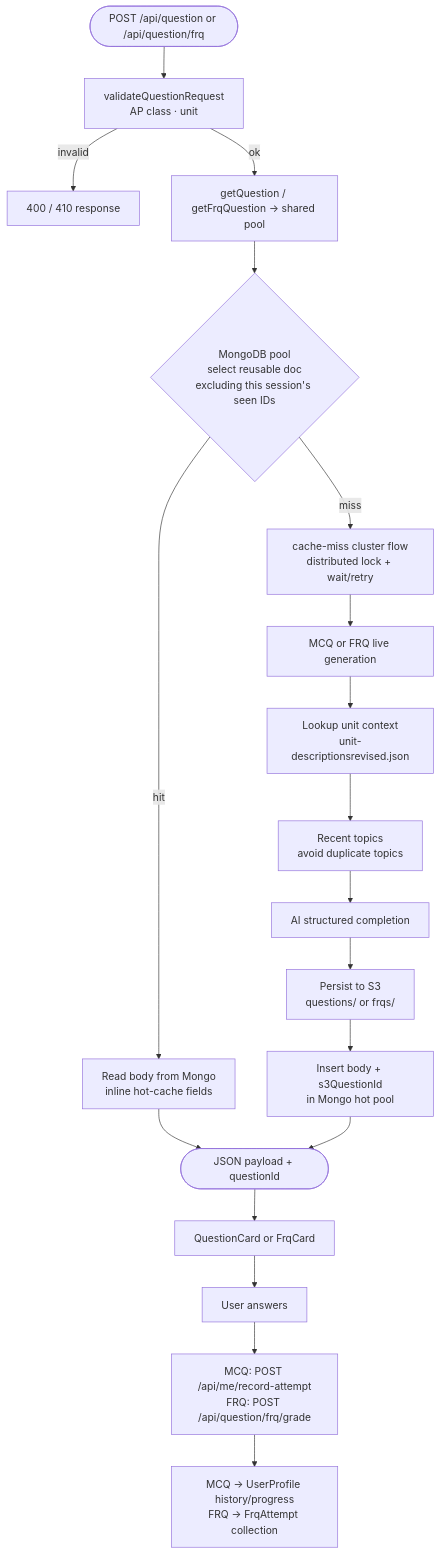
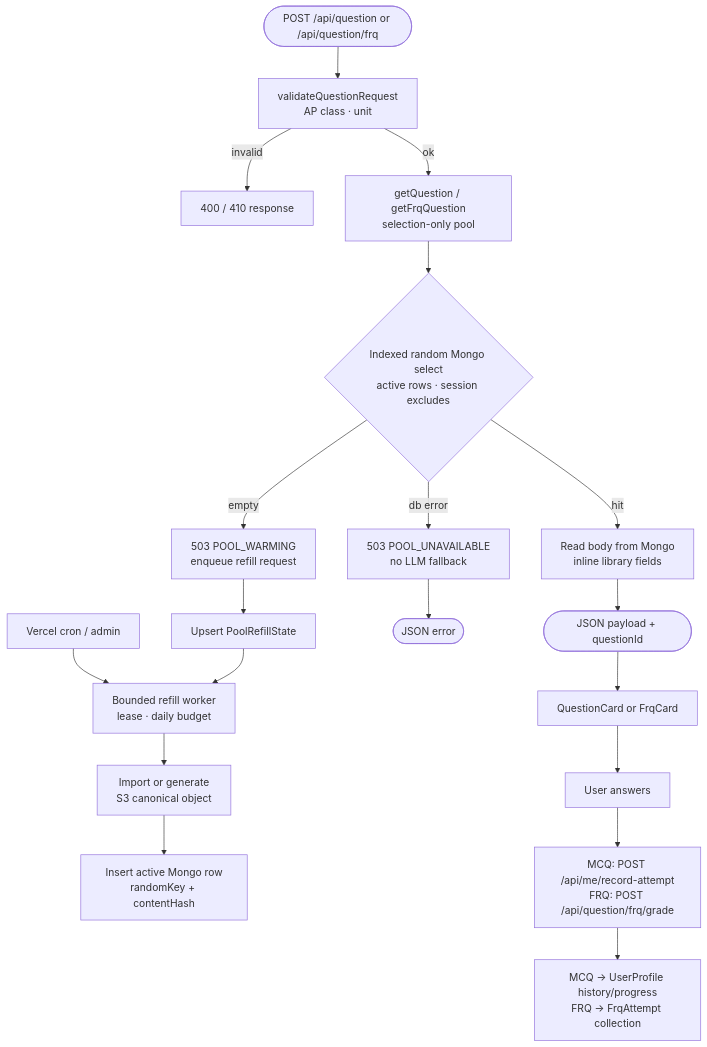
One commit to 5cisummai/freeappractice changed the fourth of 7 diagrams in docs/architecture.md. Above: the diagram before and after it, drawn with Mermaid. The commit also changed other lines of this file and 72 other files, not shown here.

First line of the commit message:
Replace request-path generation with a durable Mongo question pool.

````diff
--- a/docs/architecture.md
+++ b/docs/architecture.md
@@ -167,25 +186,25 @@
 ```mermaid
 flowchart TD
     Start(["POST /api/question or /api/question/frq"]) --> Validate["validateQuestionRequest<br/>AP class · unit"]
     Validate -->|invalid| Err400["400 / 410 response"]
-    Validate -->|ok| Pool["getQuestion / getFrqQuestion → shared pool"]
+    Validate -->|ok| Pool["getQuestion / getFrqQuestion<br/>selection-only pool"]
 
-    Pool --> Select{"MongoDB pool<br/>select reusable doc<br/>excluding this session's seen IDs"}
-    Select -->|hit| LoadInline["Read body from Mongo<br/>inline hot-cache fields"]
-    Select -->|miss| MissFlow["cache-miss cluster flow<br/>distributed lock + wait/retry"]
-    MissFlow --> GenPool["MCQ or FRQ live generation"]
-
-    GenPool --> UnitCtx["Lookup unit context<br/>unit-descriptionsrevised.json"]
-    UnitCtx --> Recent["Recent topics<br/>avoid duplicate topics"]
-    Recent --> AI["AI structured completion"]
-    AI --> S3Write["Persist to S3<br/>questions/ or frqs/"]
-    S3Write --> HotDoc["Insert body + s3QuestionId<br/>in Mongo hot pool"]
+    Pool --> Select{"Indexed random Mongo select<br/>active rows · session excludes"}
+    Select -->|hit| LoadInline["Read body from Mongo<br/>inline library fields"]
+    Select -->|empty| Warming["503 POOL_WARMING<br/>enqueue refill request"]
+    Select -->|db error| Unavailable["503 POOL_UNAVAILABLE<br/>no LLM fallback"]
 
     LoadInline --> Return(["JSON payload + questionId"])
-    HotDoc --> Return
+    Warming --> RefillReq["Upsert PoolRefillState"]
+    Unavailable --> ReturnErr(["JSON error"])
+
+    Cron["Vercel cron / admin"] --> Worker["Bounded refill worker<br/>lease · daily budget"]
+    RefillReq --> Worker
+    Worker --> S3First["Import or generate<br/>S3 canonical object"]
+    S3First --> MongoInsert["Insert active Mongo row<br/>randomKey + contentHash"]
 
     Return --> UI["QuestionCard or FrqCard"]
     UI --> Attempt["User answers"]
     Attempt --> Record["MCQ: POST /api/me/record-attempt<br/>FRQ: POST /api/question/frq/grade"]
     Record --> Profile["MCQ → UserProfile history/progress<br/>FRQ → FrqAttempt collection"]
 ```
````
